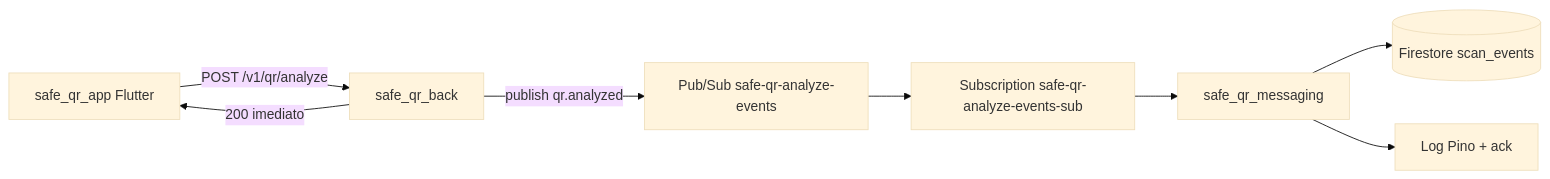
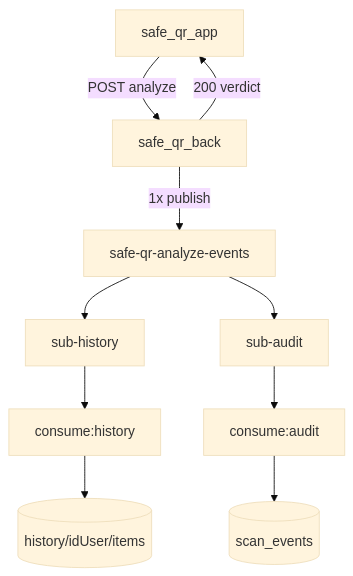
The diagram in safe_qr_messaging/README.md (AndreWar10/SafeQR), drawn with Mermaid (base theme) before and after one commit. The commit also changed other lines of this file and 104 other files, not shown here.

Commit message:
feat: implement Firebase Anonymous Auth for user identity management and enhance documentation for remote history integration

````diff
--- a/safe_qr_messaging/README.md
+++ b/safe_qr_messaging/README.md
@@ -9,16 +9,18 @@
 ```mermaid
-flowchart LR
-  APP[safe_qr_app Flutter]
+flowchart TB
+  APP[safe_qr_app]
   API[safe_qr_back]
-  TOPIC[Pub/Sub safe-qr-analyze-events]
-  SUB[Subscription safe-qr-analyze-events-sub]
-  MSG[safe_qr_messaging]
+  TOPIC[safe-qr-analyze-events]
+  SUB_H[sub-history]
+  SUB_A[sub-audit]
+  H[consume:history]
+  A[consume:audit]
+  FH[(history/idUser/items)]
+  FA[(scan_events)]
 
-  APP -->|POST /v1/qr/analyze| API
-  API -->|200 imediato| APP
-  API -->|publish qr.analyzed| TOPIC
-  TOPIC --> SUB
-  SUB --> MSG
-  MSG --> FS[(Firestore scan_events)]
-  MSG --> LOG[Log Pino + ack]
+  APP -->|POST analyze| API
+  API -->|200 verdict| APP
+  API -->|1x publish| TOPIC
+  TOPIC --> SUB_H --> H --> FH
+  TOPIC --> SUB_A --> A --> FA
 ```
````
